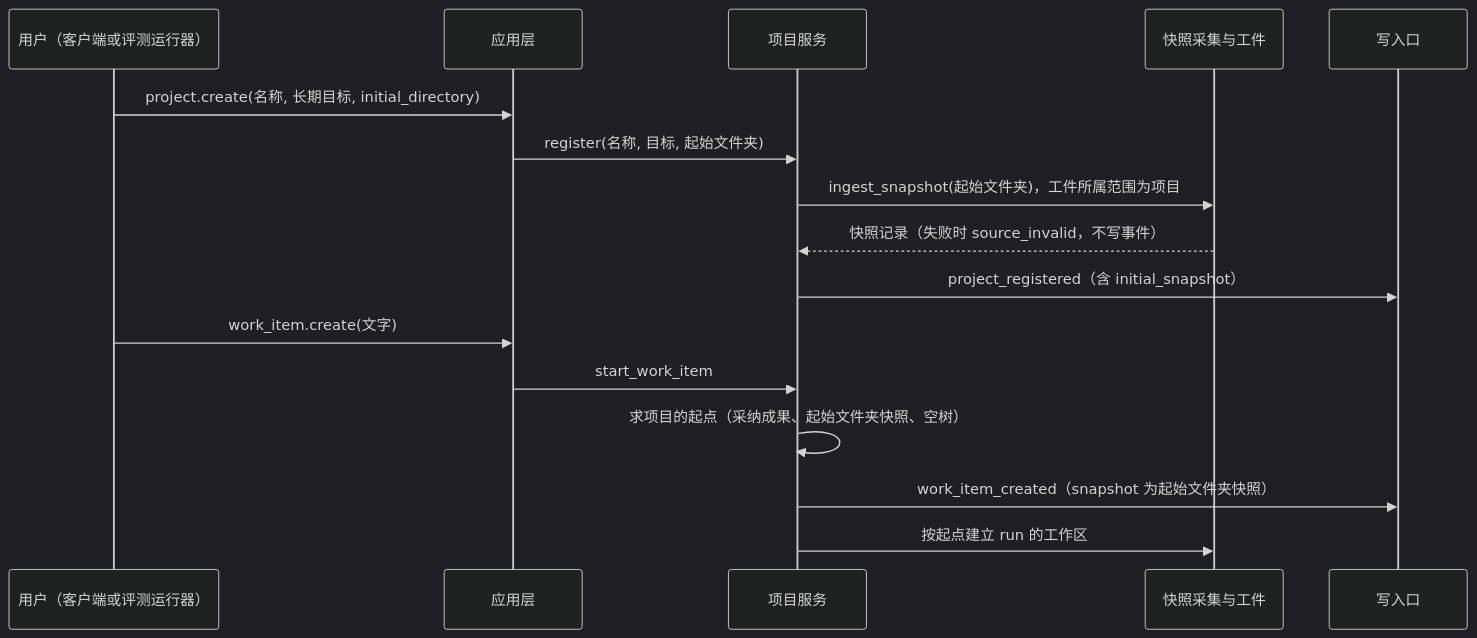
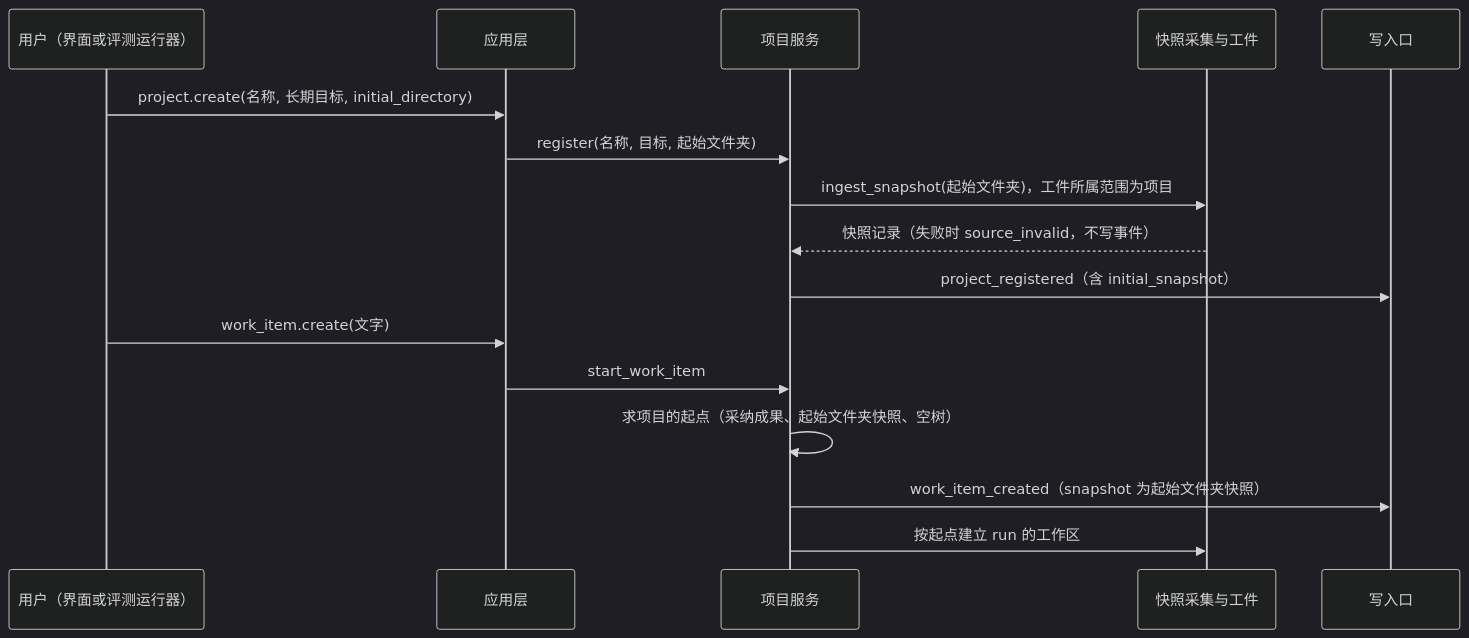
One commit to bender2333/yudao changed the second of 2 diagrams in docs/design/project-initial-files.md. Above: the diagram before and after it, drawn with Mermaid (dark theme). The commit also changed other lines of this file and 31 other files, not shown here.

````diff
--- a/docs/design/project-initial-files.md
+++ b/docs/design/project-initial-files.md
@@ -63,18 +63,18 @@
 ```mermaid
 sequenceDiagram
-  participant U as 用户（客户端或评测运行器）
+  participant U as 用户（界面或评测运行器）
   participant A as 应用层
   participant P as 项目服务
   participant S as 快照采集与工件
   participant W as 写入口
   U->>A: project.create(名称, 长期目标, initial_directory)
   A->>P: register(名称, 目标, 起始文件夹)
   P->>S: ingest_snapshot(起始文件夹)，工件所属范围为项目
   S-->>P: 快照记录（失败时 source_invalid，不写事件）
   P->>W: project_registered（含 initial_snapshot）
   U->>A: work_item.create(文字)
   A->>P: start_work_item
   P->>P: 求项目的起点（采纳成果、起始文件夹快照、空树）
   P->>W: work_item_created（snapshot 为起始文件夹快照）
   P->>S: 按起点建立 run 的工作区
 ```
````
